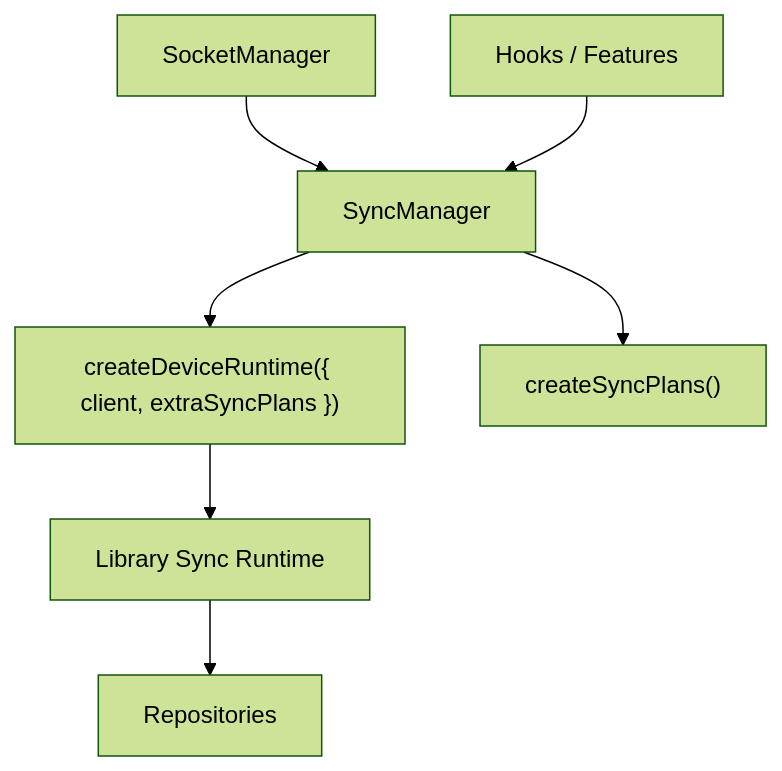
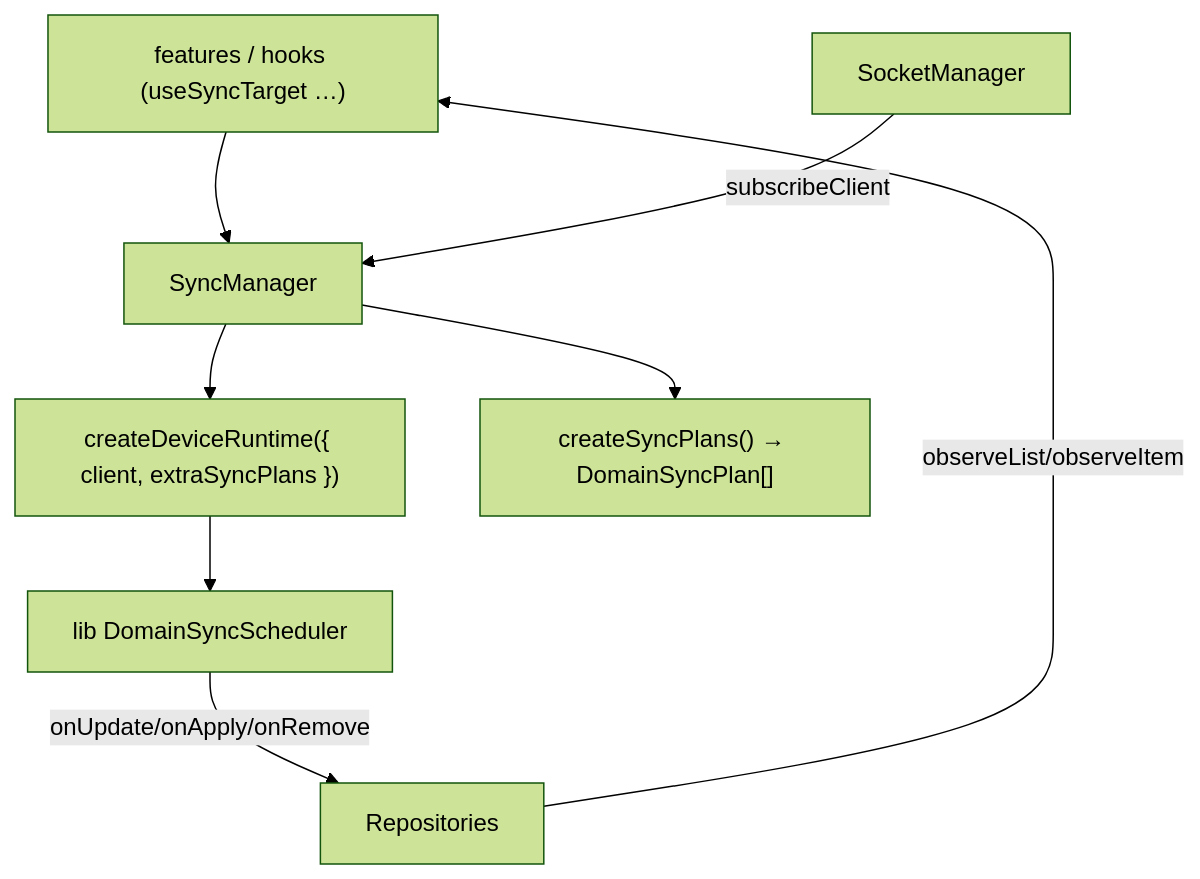
One commit to lemoncloud-io/dou-app changed the diagram in libs/app-runtime/docs/sync/README.md. Above: the diagram before and after it, drawn with Mermaid (forest theme). The commit also changed other lines of this file and 9 other files, not shown here.

First line of the commit message:
feat(app-runtime): refactor sync and socket layers for v2

````diff
--- a/libs/app-runtime/docs/sync/README.md
+++ b/libs/app-runtime/docs/sync/README.md
@@ -18,9 +25,10 @@
 ```mermaid
 flowchart TD
-  SocketManager["SocketManager"] --> SyncManager["SyncManager"]
+  UI["features / hooks (useSyncTarget …)"] --> SyncManager["SyncManager"]
+  SocketManager["SocketManager"] -->|subscribeClient| SyncManager
   SyncManager --> Runtime["createDeviceRuntime({ client, extraSyncPlans })"]
-  SyncManager --> Plans["createSyncPlans()"]
-  Runtime --> Scheduler["Library Sync Runtime"]
-  Scheduler --> Repos["Repositories"]
-  UI["Hooks / Features"] --> SyncManager
+  SyncManager --> Plans["createSyncPlans() → DomainSyncPlan[]"]
+  Runtime --> Scheduler["lib DomainSyncScheduler"]
+  Scheduler -->|onUpdate/onApply/onRemove| Repos["Repositories"]
+  Repos -->|observeList/observeItem| UI
 ```
````
